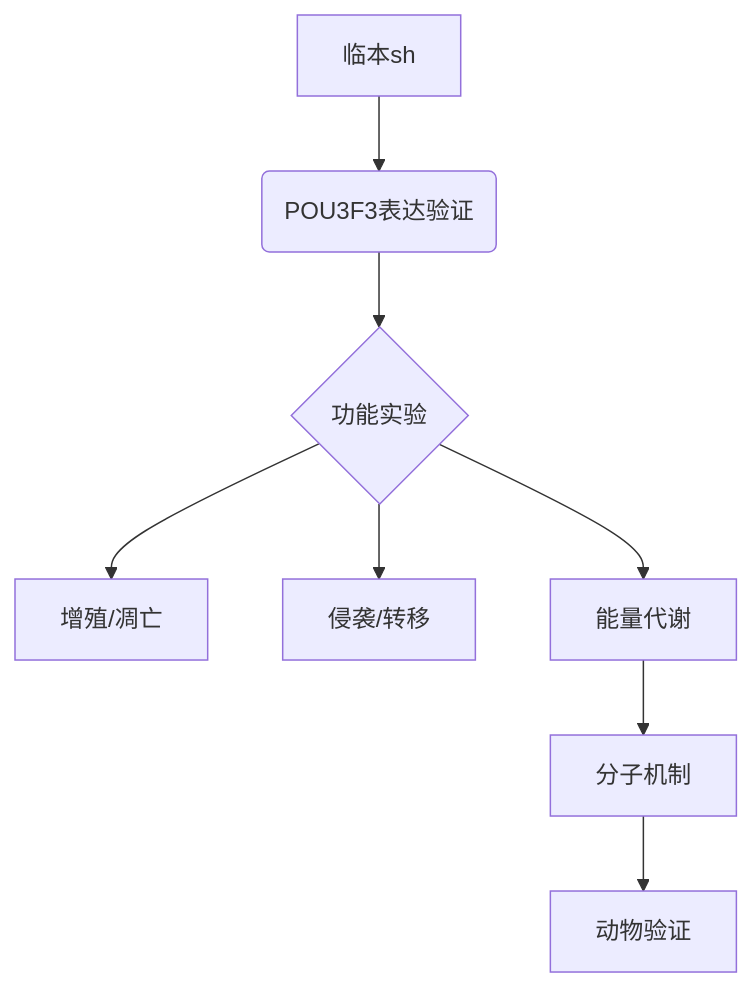
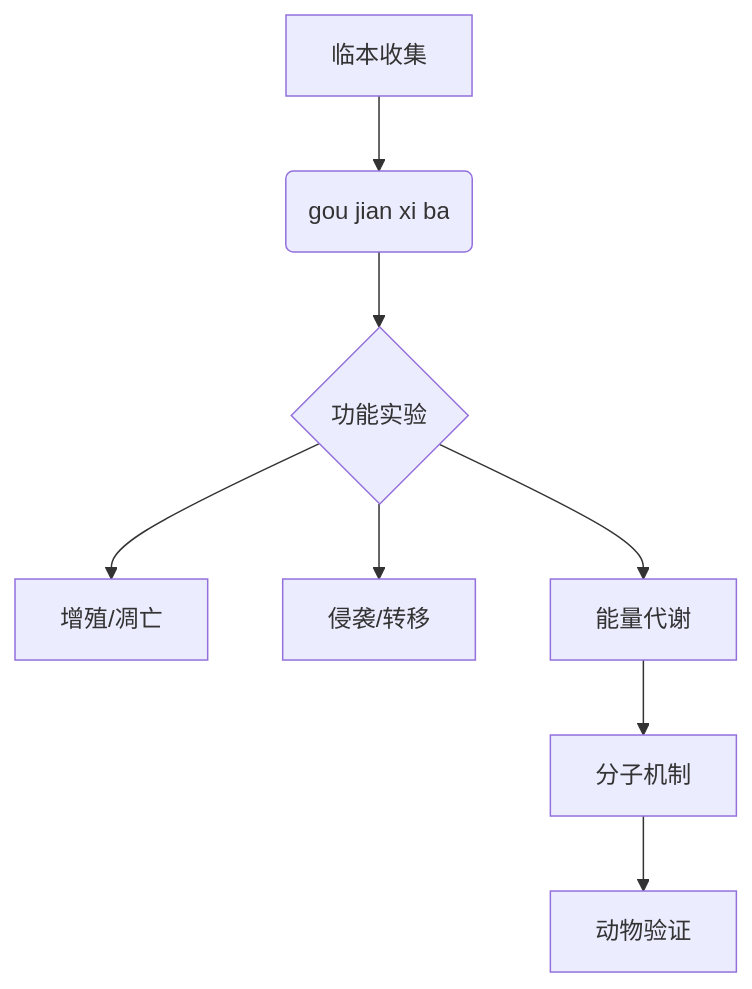
Before and after one commit to luoshui-binghua/iodraw-files: the diagram in all/未命名.md, drawn with Mermaid.

Commit message:
2025-06-20 11:03:20 update

````diff
--- a/all/未命名.md
+++ b/all/未命名.md
@@ -1,11 +1,11 @@
 ```mermaid
 graph TD
-A[临本sh] --> B(POU3F3表达验证)
+A[临本收集] --> B(gou jian xi ba)
 B --> C{功能实验}
 C --> D[增殖/凋亡]
 C --> E[侵袭/转移]
 C --> F[能量代谢]
 F --> G[分子机制]
 G --> H[动物验证]
 
 ```
````
